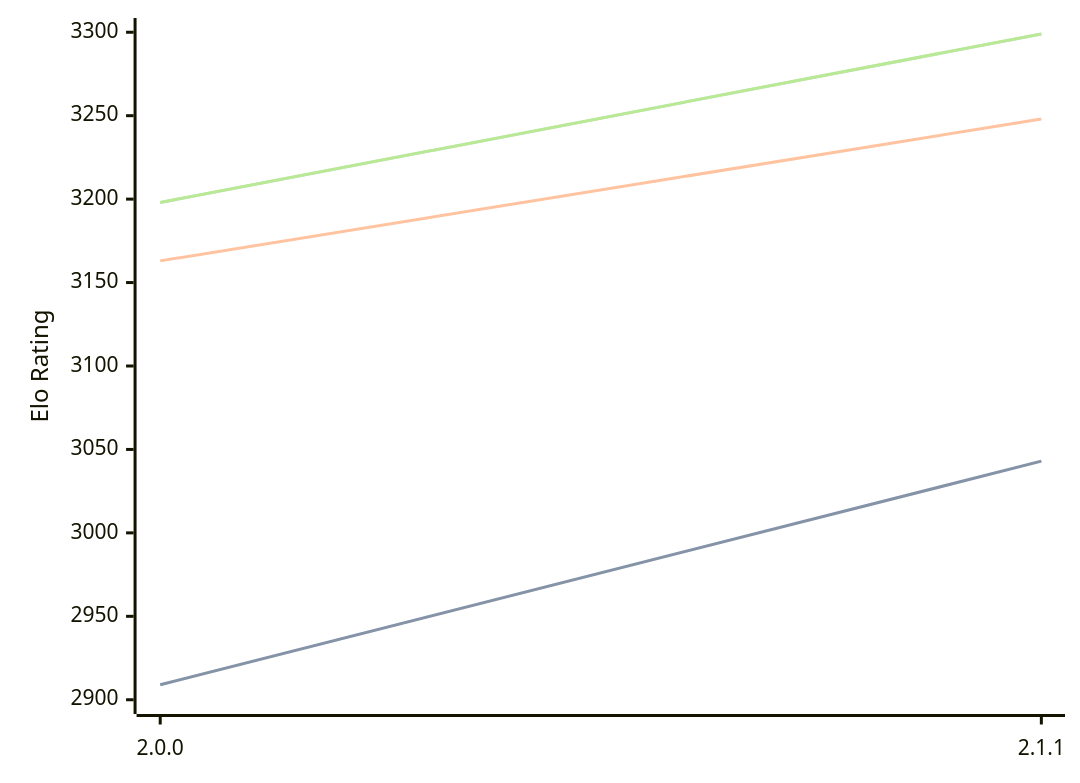
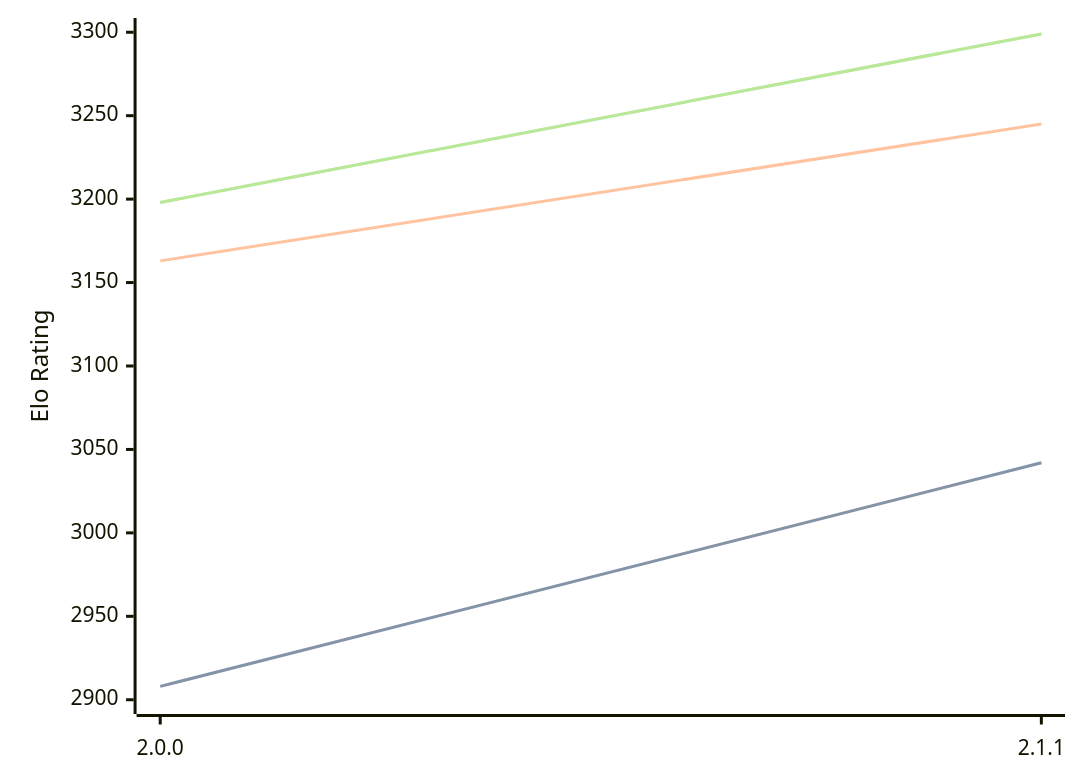
One commit to computer-chess-index/cci changed the diagram in engines/Bread.md. Above: the diagram before and after it, drawn with Mermaid. The commit also changed other lines of this file, not shown here.

Commit message:
Update CCI Ratings (ELO VLTC) - 2026-02-28

````diff
--- a/engines/Bread.md
+++ b/engines/Bread.md
@@ -48,11 +48,11 @@
 ```mermaid
 %%{init: {"theme":"base","themeVariables":{"seriesColors:['#a3a3a3','#222221','#faa371']}}}%%
 xychart-beta
   x-axis ["2.0.0", "2.1.1"]
   y-axis "Elo Rating" 2900 --> 3300
-  line "STC (8.0+0.08s)" [2909, 3043]
-  line "STC (8.0+0.08s)" [2909, 3043]
-  line "LTC (60.0+0.60s)" [3163, 3248]
+  line "STC (8.0+0.08s)" [2908, 3042]
+  line "STC (8.0+0.08s)" [2908, 3042]
+  line "LTC (60.0+0.60s)" [3163, 3245]
   line "VLTC (2m24s+1.12s)" [3198, 3299]
   line "VLTC (2m24s+1.12s)" [3198, 3299]
 ```
````
